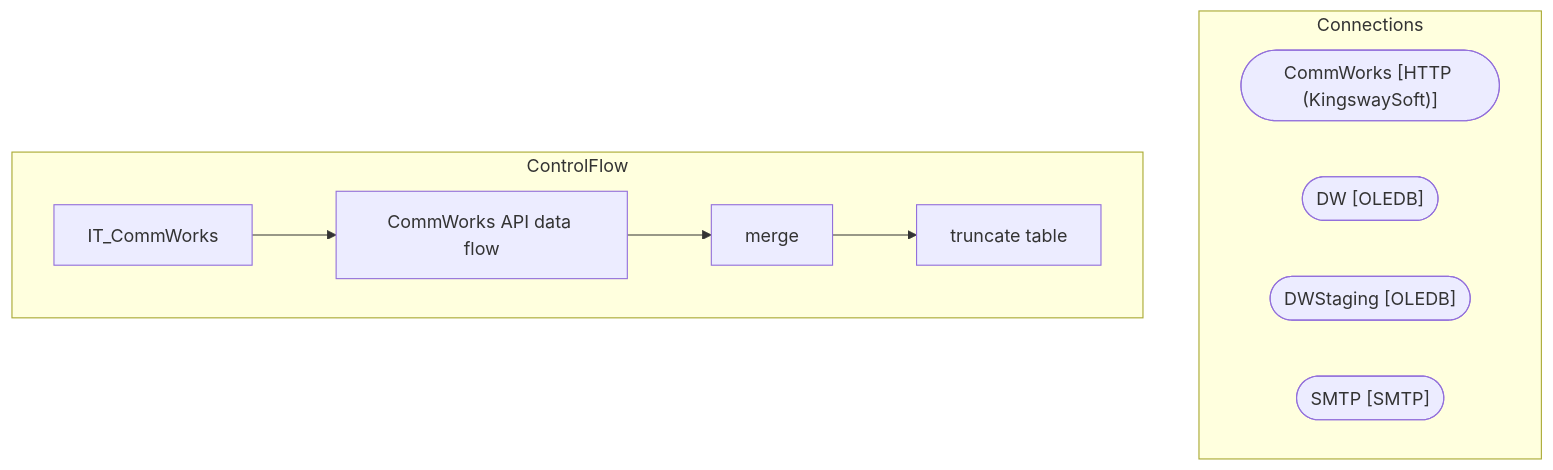
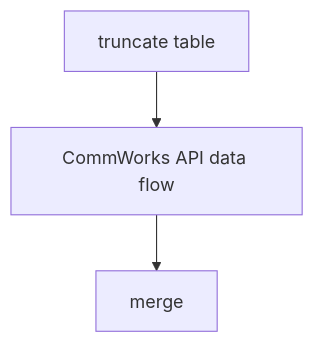
One commit to juanandresbrain/BABSkills changed the diagram in bab-docs-explorer/Documentation/STL-SSIS-P-01/SSIS/Azure/IT_commworks.IT_CommWorks.md. Above: the diagram before and after it, drawn with Mermaid. The commit also changed other lines of this file and 273 other files, not shown here.

````diff
--- a/bab-docs-explorer/Documentation/STL-SSIS-P-01/SSIS/Azure/IT_commworks.IT_CommWorks.md
+++ b/bab-docs-explorer/Documentation/STL-SSIS-P-01/SSIS/Azure/IT_commworks.IT_CommWorks.md
@@ -9,18 +35,8 @@
 ```mermaid
 flowchart TD
-    subgraph Connections
-        CommWorks_conn(["CommWorks [HTTP (KingswaySoft)]"])
-        DW_conn(["DW [OLEDB]"])
-        DWStaging_conn(["DWStaging [OLEDB]"])
-        SMTP_conn(["SMTP [SMTP]"])
-    end
-    subgraph ControlFlow
-        IT_CommWorks_task["IT_CommWorks"]
-        CommWorks_API_data_flow_task["CommWorks API data flow"]
-        IT_CommWorks_task --> CommWorks_API_data_flow_task
-        merge_task["merge"]
-        CommWorks_API_data_flow_task --> merge_task
-        truncate_table_task["truncate table"]
-        merge_task --> truncate_table_task
-    end
+    n_Package_CommWorks_API_data_flow["CommWorks API data flow"]
+    n_Package_merge["merge"]
+    n_Package_truncate_table["truncate table"]
+    n_Package_truncate_table --> n_Package_CommWorks_API_data_flow
+    n_Package_CommWorks_API_data_flow --> n_Package_merge
 ```
````
